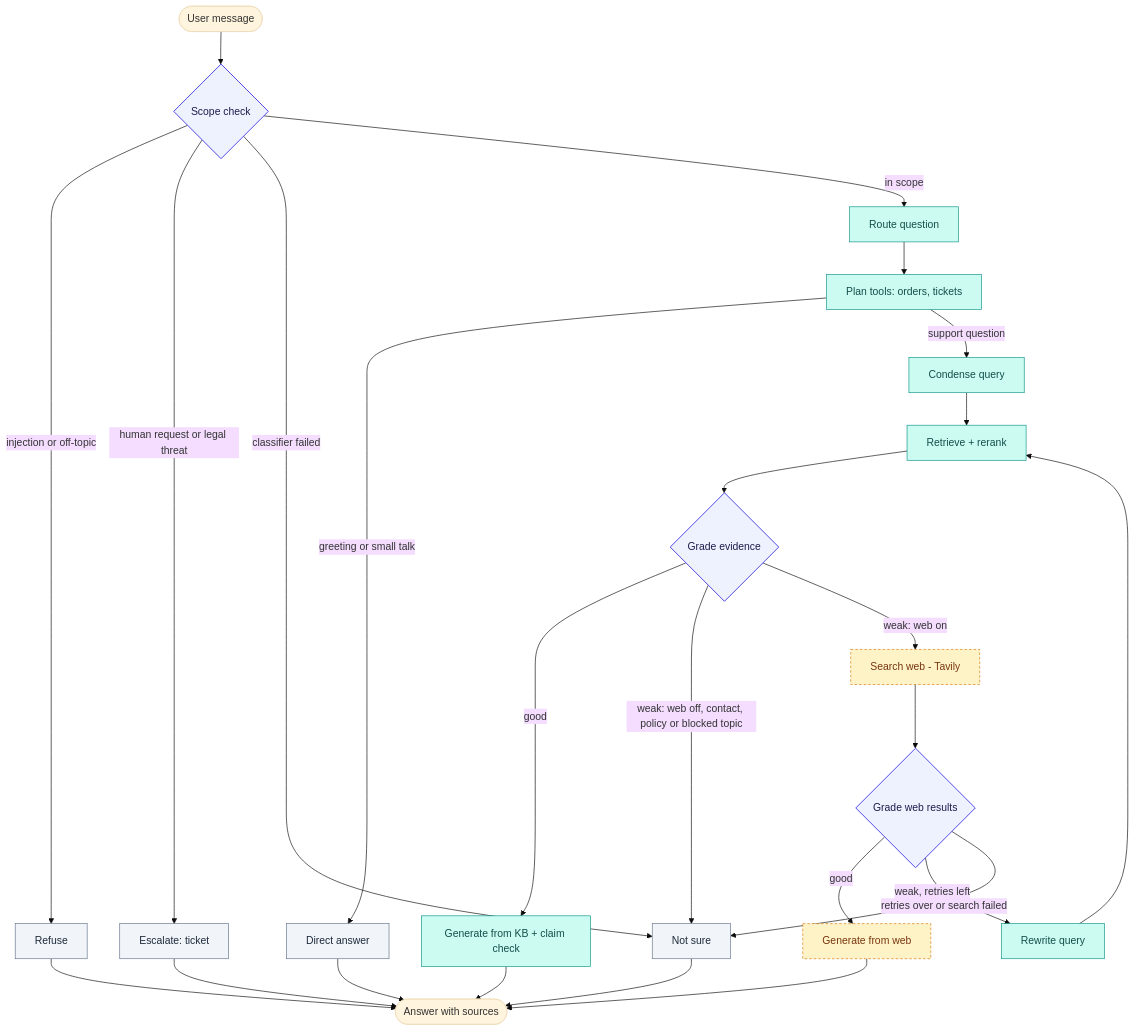
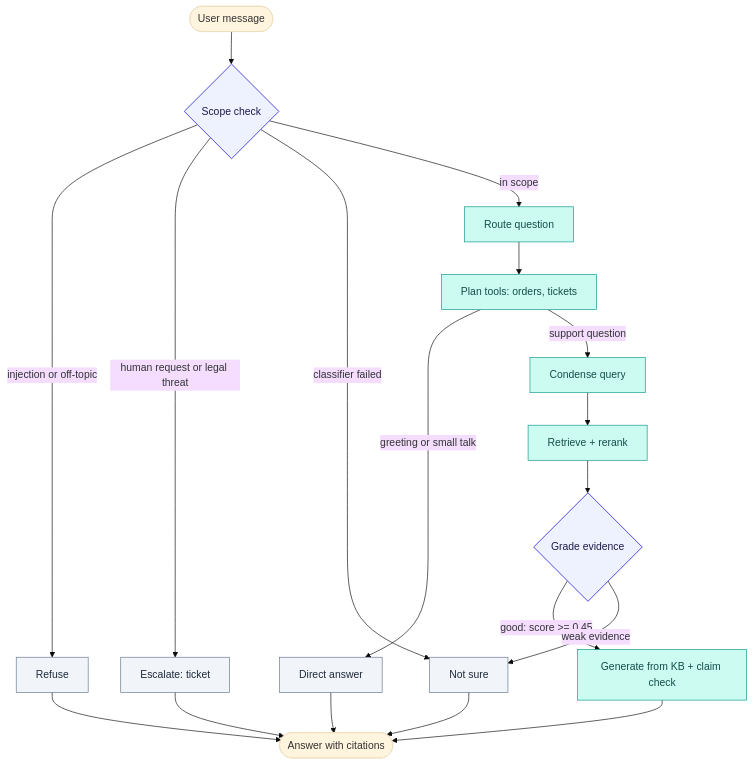
The diagram in README.md (tilakchow/agentic-customer-support-rag), drawn with Mermaid (base theme) before and after one commit. The commit also changed other lines of this file, not shown here.

````diff
--- a/README.md
+++ b/README.md
@@ -58,36 +58,27 @@
 ```mermaid
 flowchart TD
     U([User message]) --> S{Scope check}
     S -->|injection or off-topic| R[Refuse]
     S -->|human request or legal threat| E[Escalate: ticket]
     S -->|classifier failed| NS[Not sure]
     S -->|in scope| RQ[Route question]
     RQ --> PT[Plan tools: orders, tickets]
     PT -->|greeting or small talk| D[Direct answer]
     PT -->|support question| C[Condense query]
     C --> RK[Retrieve + rerank]
     RK --> G{Grade evidence}
-    G -->|good| GK[Generate from KB + claim check]
-    G -->|weak: web off, contact, policy or blocked topic| NS
-    G -->|weak: web on| W[Search web - Tavily]
-    W --> GW{Grade web results}
-    GW -->|good| GWB[Generate from web]
-    GW -->|weak, retries left| RW[Rewrite query]
-    RW --> RK
-    GW -->|retries over or search failed| NS
-    GK --> A([Answer with sources])
-    GWB --> A
+    G -->|good: score >= 0.45| GK[Generate from KB + claim check]
+    G -->|weak evidence| NS
+    GK --> A([Answer with citations])
     D --> A
     R --> A
     E --> A
     NS --> A
 
     classDef gate fill:#EEF2FF,stroke:#4F46E5,color:#1E1B4B,stroke-width:1.5px
     classDef step fill:#CCFBF1,stroke:#0D9488,color:#134E4A
-    classDef optional fill:#FEF3C7,stroke:#D97706,color:#78350F,stroke-dasharray:4 3
     classDef stop fill:#F1F5F9,stroke:#64748B,color:#1E293B
-    class S,G,GW gate
-    class RQ,PT,C,RK,GK,RW step
-    class W,GWB optional
+    class S,G gate
+    class RQ,PT,C,RK,GK step
     class R,E,NS,D stop
 ```
````
